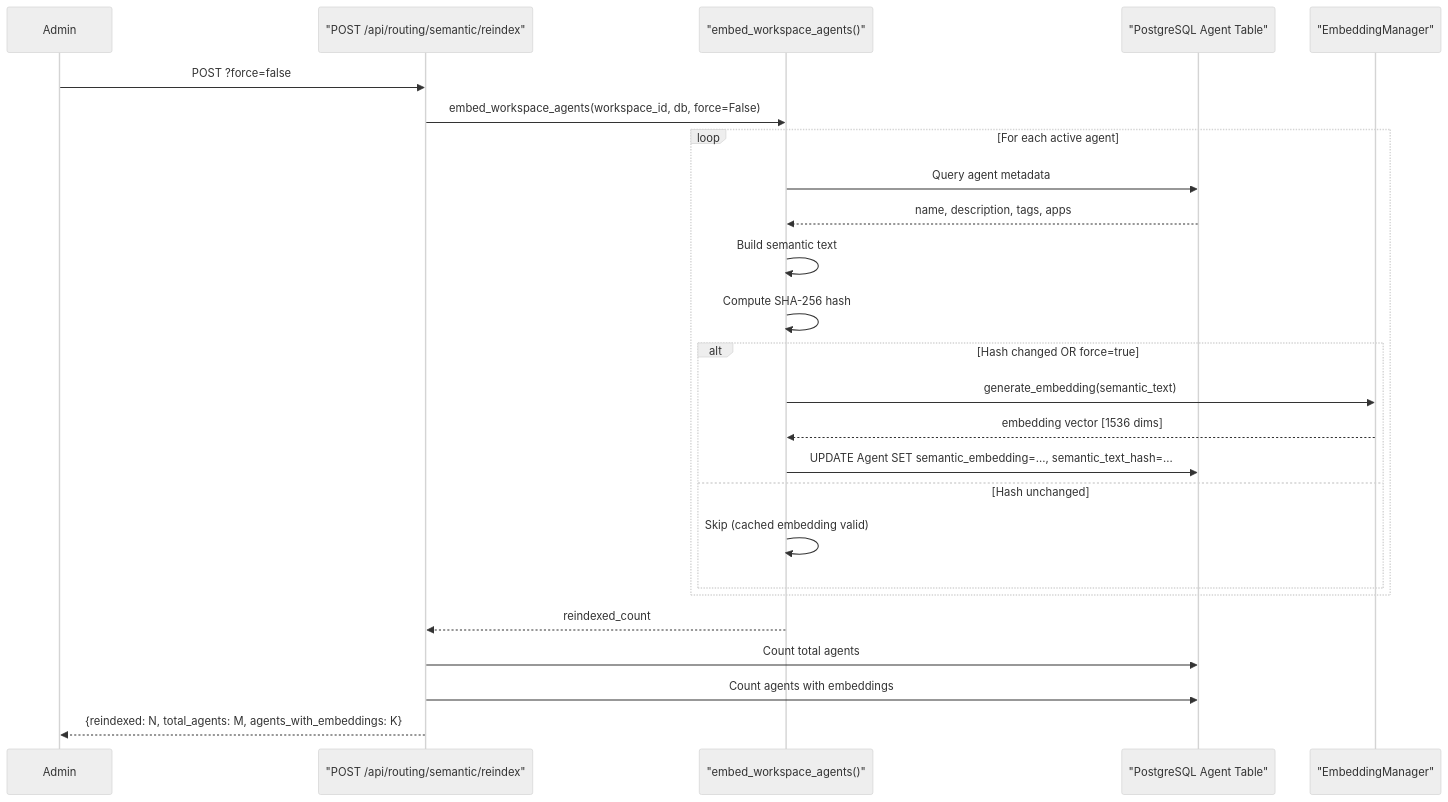
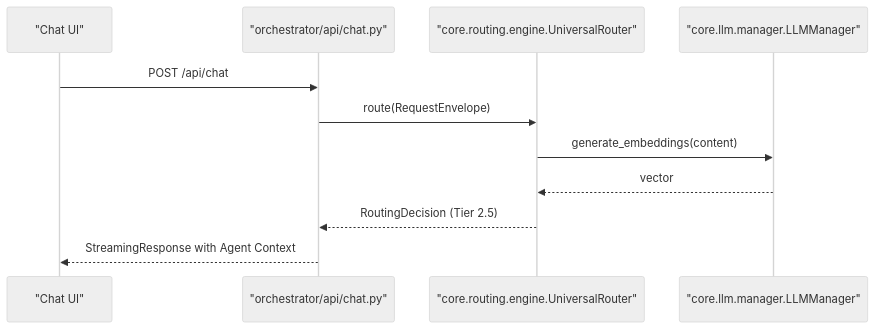
Before and after one commit to AutomatosAI/automatos-ai: the fourth of 4 diagrams in docs/universal-router/tier-25-semantic-similarity.md, drawn with Mermaid (neutral theme). The commit also changed other lines of this file and 149 other files, not shown here.

Commit message:
docs: refresh documentation with graphify semantic scan

````diff
--- a/docs/universal-router/tier-25-semantic-similarity.md
+++ b/docs/universal-router/tier-25-semantic-similarity.md
@@ -354,32 +181,14 @@
 ```mermaid
 sequenceDiagram
-    participant Admin
-    participant API as "POST /api/routing/semantic/reindex"
-    participant Indexer as "embed_workspace_agents()"
-    participant DB as "PostgreSQL Agent Table"
-    participant Embedding as "EmbeddingManager"
+    participant UI as "Chat UI"
+    participant API as "orchestrator/api/chat.py"
+    participant Router as "core.routing.engine.UniversalRouter"
+    participant LLM as "core.llm.manager.LLMManager"
     
-    Admin->>API: POST ?force=false
-    API->>Indexer: embed_workspace_agents(workspace_id, db, force=False)
-    
-    loop For each active agent
-        Indexer->>DB: Query agent metadata
-        DB-->>Indexer: name, description, tags, apps
-        
-        Indexer->>Indexer: Build semantic text
-        Indexer->>Indexer: Compute SHA-256 hash
-        
-        alt Hash changed OR force=true
-            Indexer->>Embedding: generate_embedding(semantic_text)
-            Embedding-->>Indexer: embedding vector [1536 dims]
-            Indexer->>DB: UPDATE Agent SET semantic_embedding=..., semantic_text_hash=...
-        else Hash unchanged
-            Indexer->>Indexer: Skip (cached embedding valid)
-        end
-    end
-    
-    Indexer-->>API: reindexed_count
-    API->>DB: Count total agents
-    API->>DB: Count agents with embeddings
-    API-->>Admin: {reindexed: N, total_agents: M, agents_with_embeddings: K}
+    UI->>API: POST /api/chat
+    API->>Router: route(RequestEnvelope)
+    Router->>LLM: generate_embeddings(content)
+    LLM-->>Router: vector
+    Router-->>API: RoutingDecision (Tier 2.5)
+    API-->>UI: StreamingResponse with Agent Context
 ```
````
